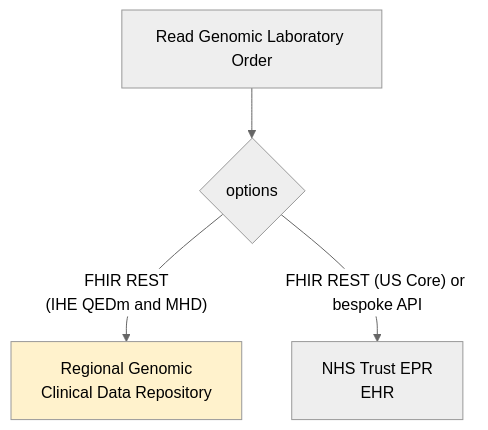
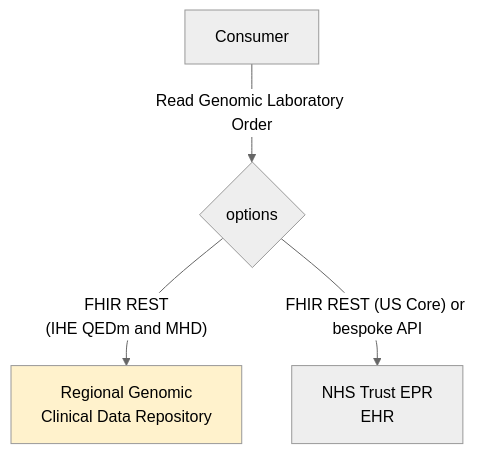
One commit to uk-gov-mirror/nw-gmsa.nw-gmsa.github.com changed the fifth of 6 diagrams in input/pagecontent/index.md. Above: the diagram before and after it, drawn with Mermaid (neutral theme). The commit also changed other lines of this file, not shown here.

````diff
--- a/input/pagecontent/index.md
+++ b/input/pagecontent/index.md
@@ -183,8 +182,8 @@
 ```mermaid
 graph TD;
-    Read[Read Genomic Laboratory Order]-->O
+    Read[Consumer]--> |Read Genomic Laboratory Order| O
     O{options} --> |"FHIR REST<br/>(IHE QEDm and MHD)"| CDR[Regional Genomic<br/> Clinical Data Repository]
     O --> |"FHIR REST (US Core) or bespoke API"| EHR[NHS Trust EPR<br/>EHR] 
     classDef yellow fill:#FFF2CC;
     class CDR yellow;
 ```
````
